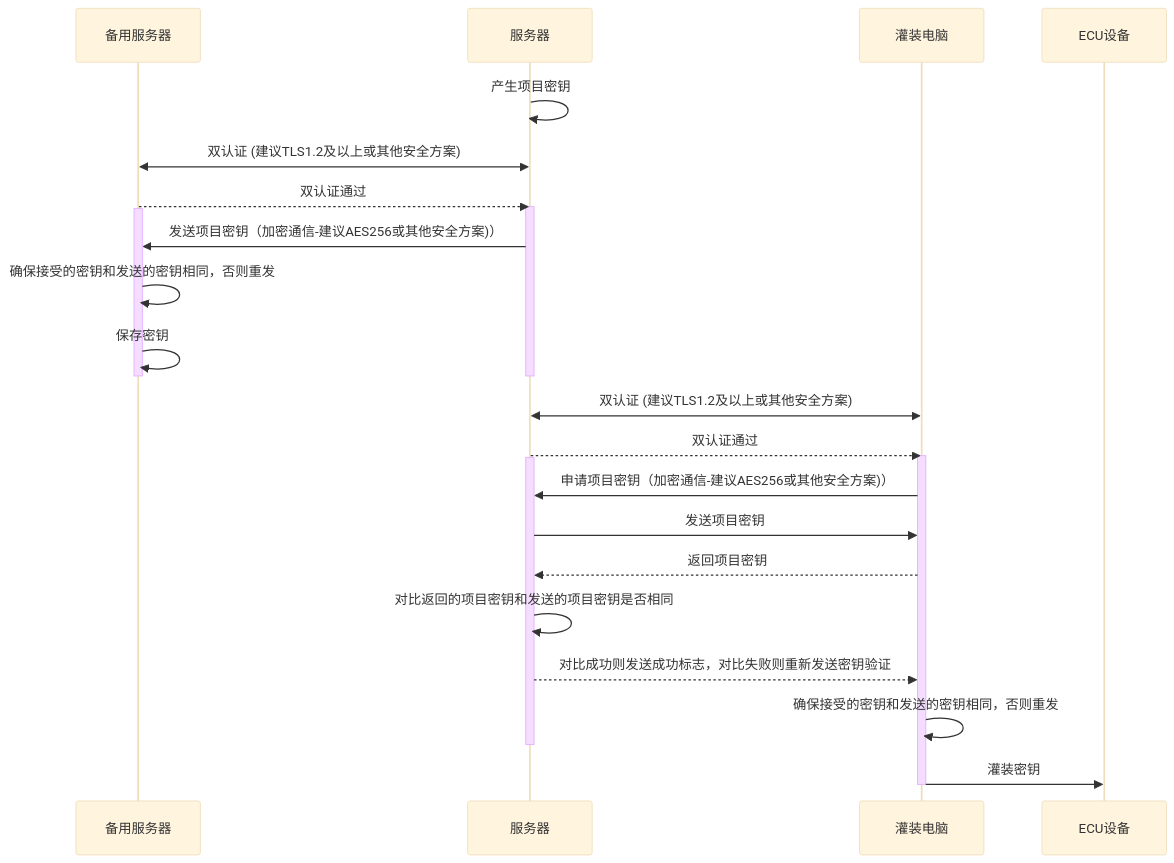
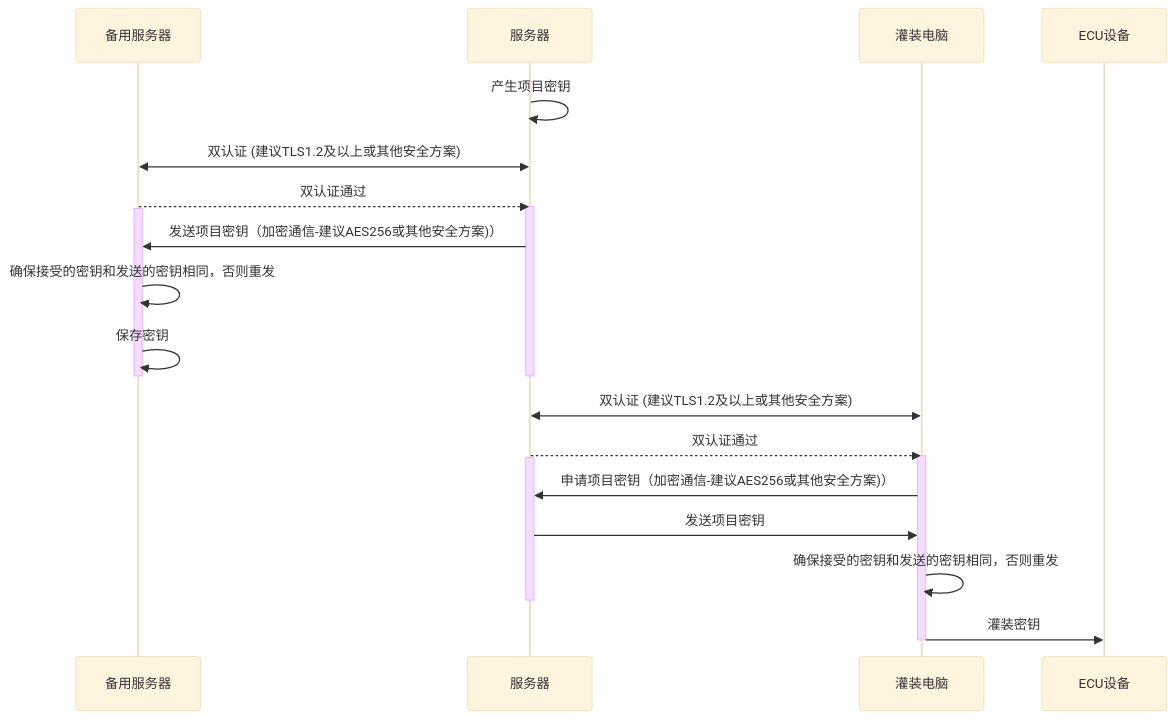
The diagram in all/未命名-10.md (facebook-cloud/iodraw-files), drawn with Mermaid (base theme) before and after one commit.

Commit message:
2026-01-23 13:54:28 update

````diff
--- a/all/未命名-10.md
+++ b/all/未命名-10.md
@@ -1,34 +1,32 @@
 ```mermaid
 sequenceDiagram
     participant B as 备用服务器
     participant A as 服务器
     participant C as 灌装电脑
     participant D as ECU设备
 
     A->>A: 产生项目密钥
     A<<->>B: 双认证 (建议TLS1.2及以上或其他安全方案)
     B-->>A: 双认证通过
     activate A
     activate B
     A->>B: 发送项目密钥（加密通信-建议AES256或其他安全方案)）
 
     B->>B: 确保接受的密钥和发送的密钥相同，否则重发
     B->>B: 保存密钥
     deactivate B
     deactivate A
 
     C<<->>A: 双认证 (建议TLS1.2及以上或其他安全方案)
     A-->>C: 双认证通过
     activate C
     activate A
     C->>A: 申请项目密钥（加密通信-建议AES256或其他安全方案)）
     A->>C: 发送项目密钥
-    C-->>A: 返回项目密钥
-    A->>A: 对比返回的项目密钥和发送的项目密钥是否相同
-    A-->>C: 对比成功则发送成功标志，对比失败则重新发送密钥验证
+
     C->>C: 确保接受的密钥和发送的密钥相同，否则重发
     deactivate A
     C->>D: 灌装密钥
     deactivate C
 
 ```
````
